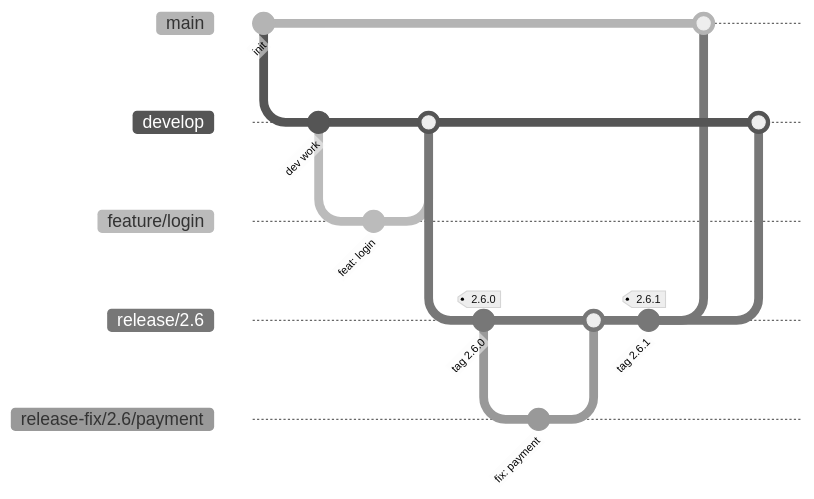
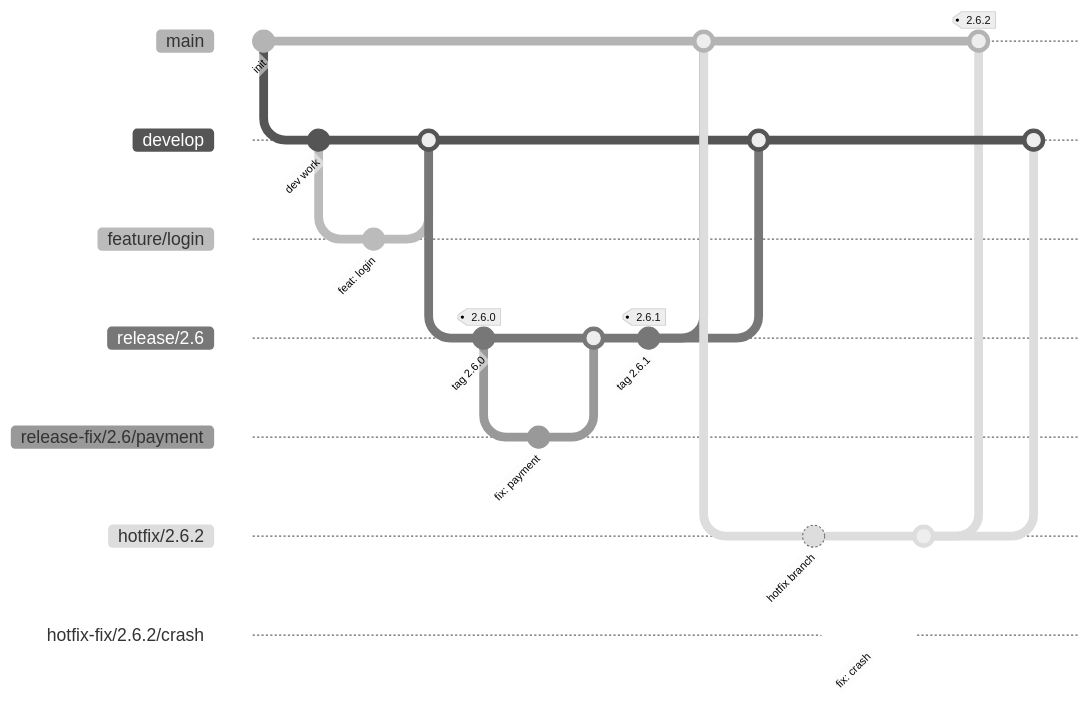
Before and after one commit to middelkampdev/gflow: the first of 5 diagrams in README.md, drawn with Mermaid (neutral theme).

Commit message:
docs: add hotfix and hotfix-fix branches to gitGraph diagram

````diff
--- a/README.md
+++ b/README.md
@@ -39,21 +39,32 @@
 ```mermaid
 gitGraph
     commit id: "init"
     branch develop
     commit id: "dev work"
     branch feature/login
     commit id: "feat: login"
     checkout develop
     merge feature/login
     branch release/2.6
     commit id: "tag 2.6.0" tag: "2.6.0"
     branch release-fix/2.6/payment
     commit id: "fix: payment"
     checkout release/2.6
     merge release-fix/2.6/payment
     commit id: "tag 2.6.1" tag: "2.6.1"
     checkout main
     merge release/2.6
     checkout develop
     merge release/2.6
+    checkout main
+    branch hotfix/2.6.2
+    commit id: "hotfix branch"
+    branch hotfix-fix/2.6.2/crash
+    commit id: "fix: crash"
+    checkout hotfix/2.6.2
+    merge hotfix-fix/2.6.2/crash
+    checkout main
+    merge hotfix/2.6.2 tag: "2.6.2"
+    checkout develop
+    merge hotfix/2.6.2
 ```
````
